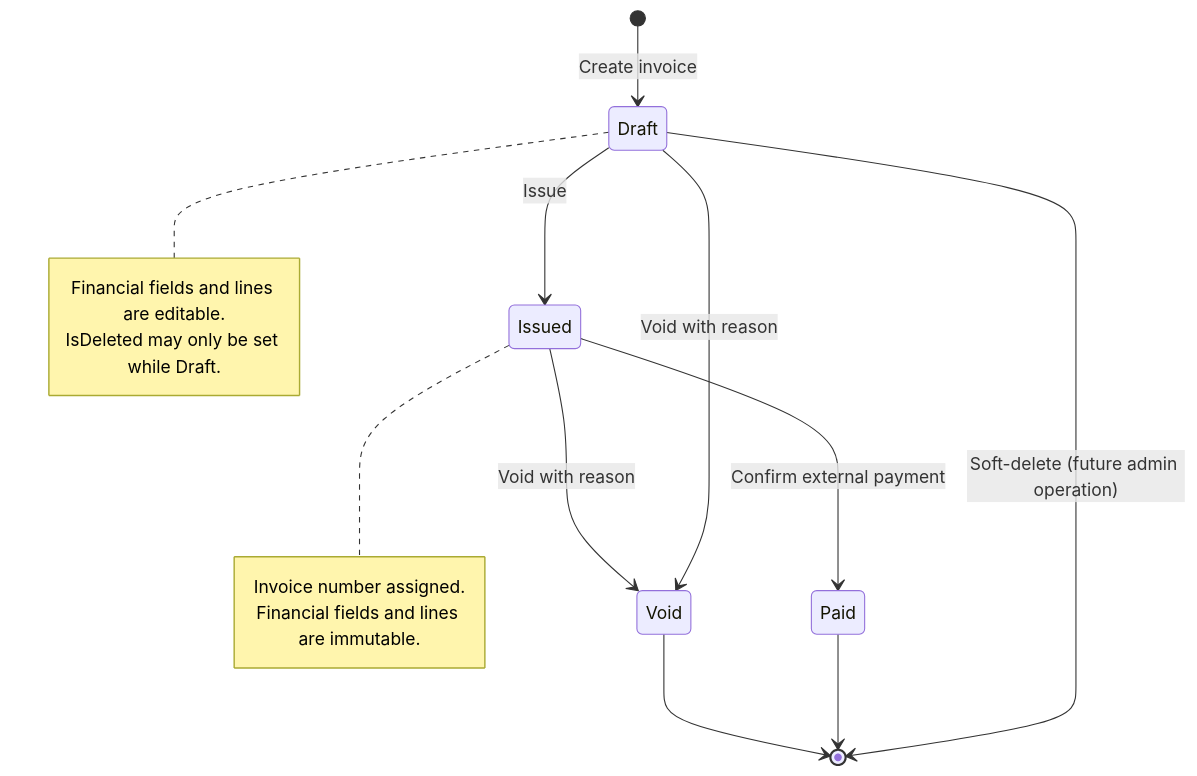
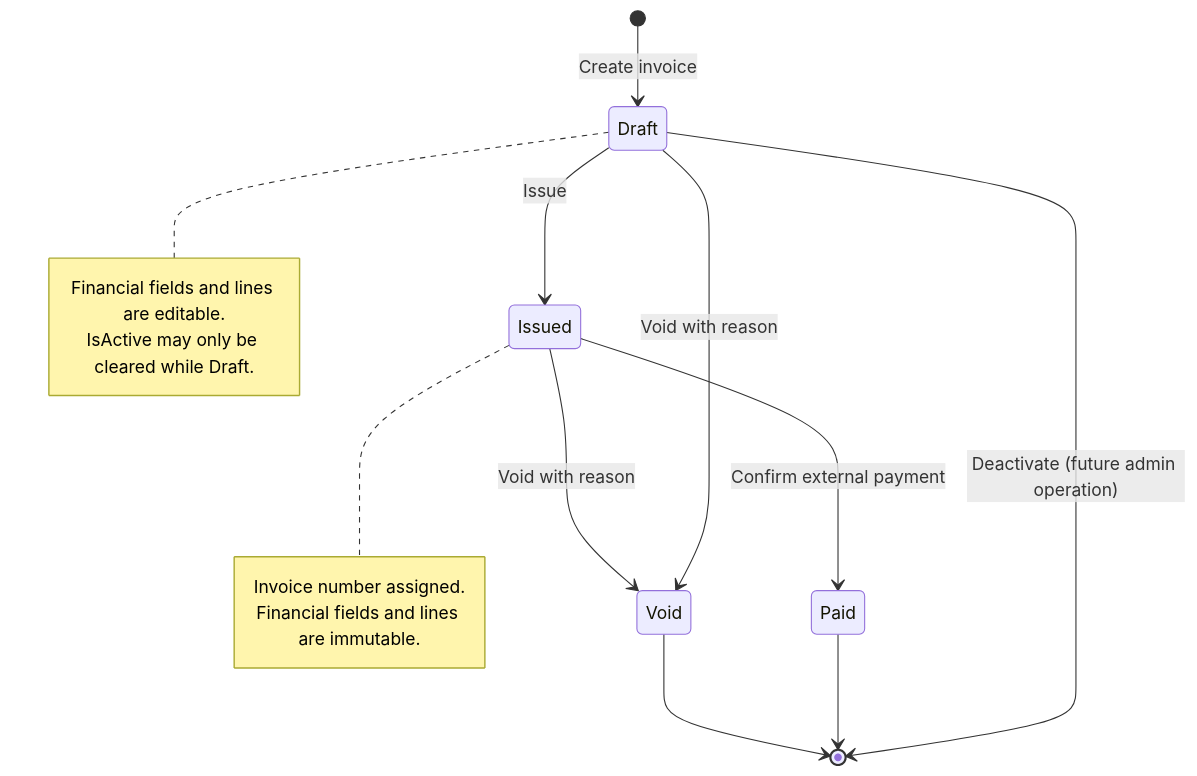
One commit to dhruvsheth37/invoice-management changed the diagram in docs/diagrams/invoice-lifecycle.md. Above: the diagram before and after it, drawn with Mermaid. The commit also changed other lines of this file and 31 other files, not shown here.

````diff
--- a/docs/diagrams/invoice-lifecycle.md
+++ b/docs/diagrams/invoice-lifecycle.md
@@ -3,21 +3,21 @@
 ```mermaid
 stateDiagram-v2
     [*] --> Draft: Create invoice
     Draft --> Issued: Issue
     Draft --> Void: Void with reason
-    Draft --> [*]: Soft-delete (future admin operation)
+    Draft --> [*]: Deactivate (future admin operation)
     Issued --> Paid: Confirm external payment
     Issued --> Void: Void with reason
     Paid --> [*]
     Void --> [*]
 
     note right of Draft
       Financial fields and lines are editable.
-      IsDeleted may only be set while Draft.
+      IsActive may only be cleared while Draft.
     end note
 
     note right of Issued
       Invoice number assigned.
       Financial fields and lines are immutable.
     end note
 ```
````
